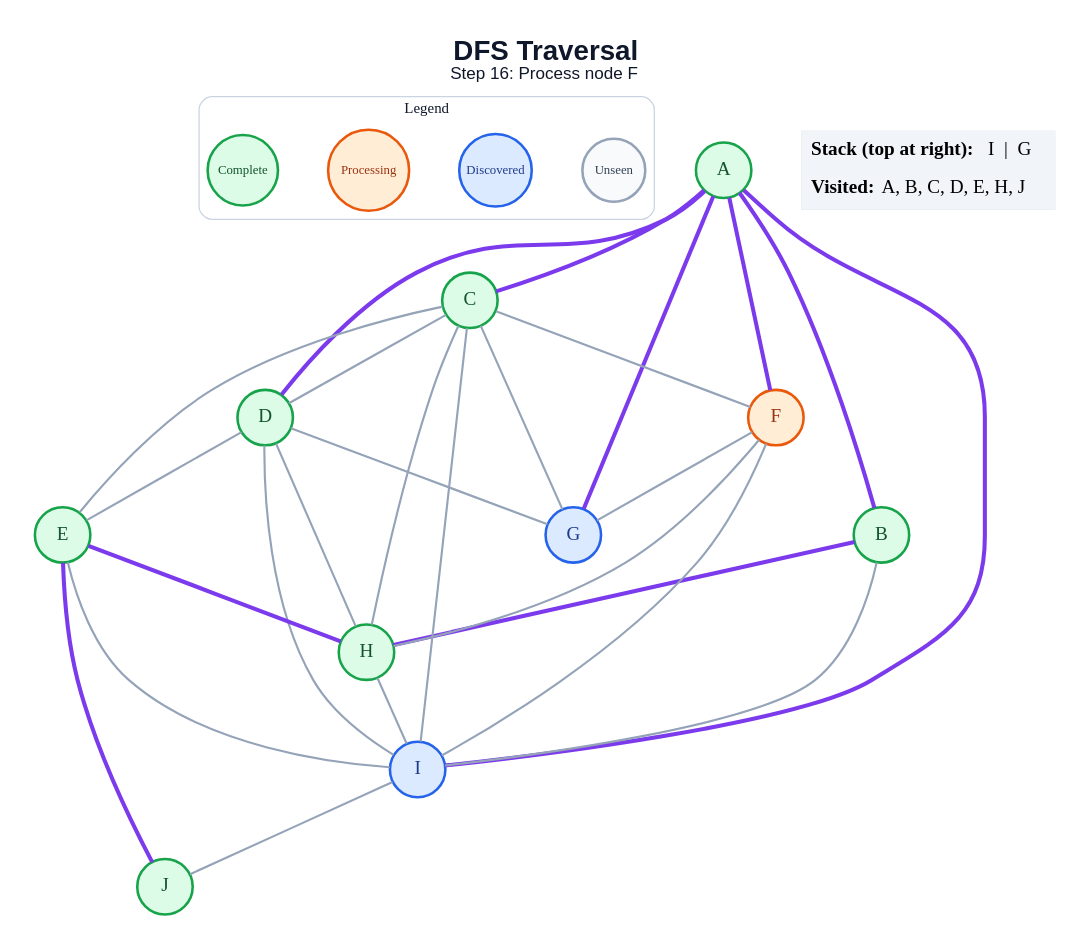
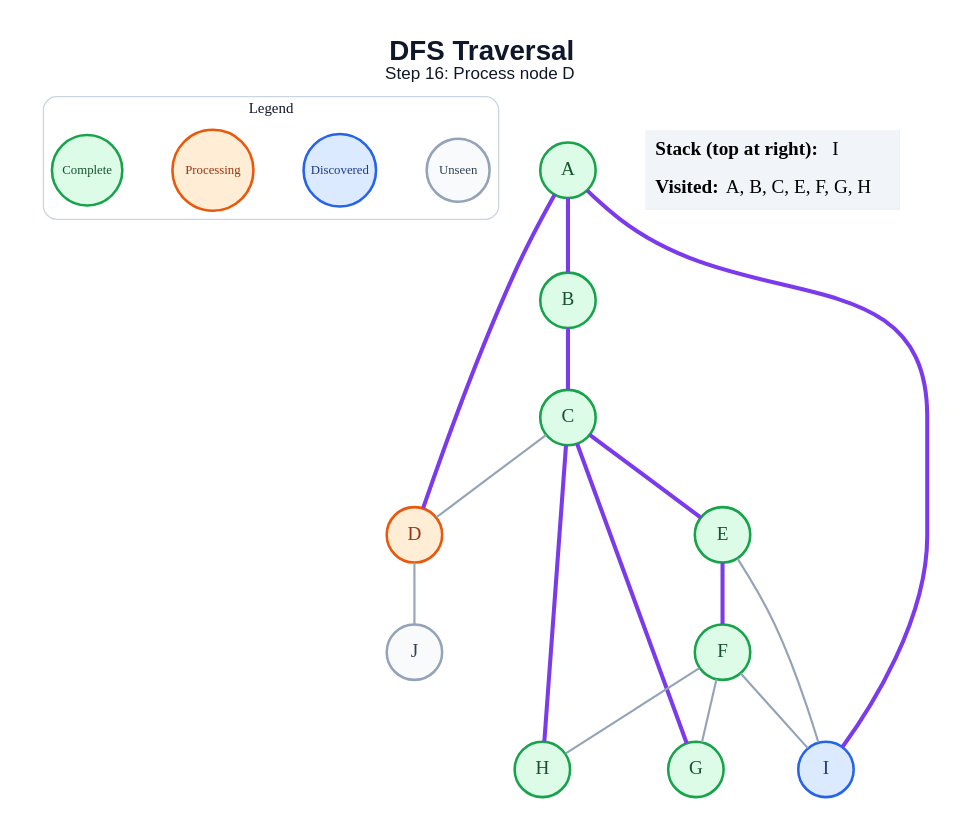
The diagram in generated/dfs/step_16.dot (anon7238593-create/ai-slop), drawn with Graphviz before and after one commit. The commit also changed 171 other files, not shown here.

```diff
--- a/generated/dfs/step_16.dot
+++ b/generated/dfs/step_16.dot
@@ -1,55 +1,43 @@
 graph traversal {
   graph [layout=dot, rankdir=TB, bgcolor="#FFFFFF", pad="0.35", nodesep="0.65", ranksep="0.8", fontname="Arial"];
   node [shape=circle, style="filled", fontname="Arial Bold", fontsize=18, width=0.72, fixedsize=true, penwidth=2.4];
   edge [color="#94A3B8", penwidth=2.0];
-  label=<<B>DFS Traversal</B><BR/><FONT POINT-SIZE="16">Step 16: Process node F</FONT>>; labelloc="t"; fontsize=26; fontname="Arial"; fontcolor="#0F172A";
+  label=<<B>DFS Traversal</B><BR/><FONT POINT-SIZE="16">Step 16: Process node D</FONT>>; labelloc="t"; fontsize=26; fontname="Arial"; fontcolor="#0F172A";
   subgraph cluster_legend { label="Legend"; color="#CBD5E1"; penwidth=1.2; style="rounded"; fontsize=14; fontname="Arial Bold";
     key_unseen [label="Unseen", fillcolor="#F8FAFC", color="#94A3B8", fontcolor="#334155", fontsize=12, width=0.82];
     key_frontier [label="Discovered", fillcolor="#DBEAFE", color="#2563EB", fontcolor="#1E3A8A", fontsize=12, width=0.95];
     key_current [label="Processing", fillcolor="#FFEDD5", color="#EA580C", fontcolor="#9A3412", fontsize=12, width=1.05];
     key_done [label="Complete", fillcolor="#DCFCE7", color="#16A34A", fontcolor="#14532D", fontsize=12, width=0.92];
     { rank=same; key_unseen; key_frontier; key_current; key_done; }
   }
   A [fillcolor="#DCFCE7", color="#16A34A", fontcolor="#14532D"];
   B [fillcolor="#DCFCE7", color="#16A34A", fontcolor="#14532D"];
   C [fillcolor="#DCFCE7", color="#16A34A", fontcolor="#14532D"];
-  D [fillcolor="#DCFCE7", color="#16A34A", fontcolor="#14532D"];
+  D [fillcolor="#FFEDD5", color="#EA580C", fontcolor="#9A3412"];
   E [fillcolor="#DCFCE7", color="#16A34A", fontcolor="#14532D"];
-  F [fillcolor="#FFEDD5", color="#EA580C", fontcolor="#9A3412"];
-  G [fillcolor="#DBEAFE", color="#2563EB", fontcolor="#1E3A8A"];
+  F [fillcolor="#DCFCE7", color="#16A34A", fontcolor="#14532D"];
+  G [fillcolor="#DCFCE7", color="#16A34A", fontcolor="#14532D"];
   H [fillcolor="#DCFCE7", color="#16A34A", fontcolor="#14532D"];
   I [fillcolor="#DBEAFE", color="#2563EB", fontcolor="#1E3A8A"];
-  J [fillcolor="#DCFCE7", color="#16A34A", fontcolor="#14532D"];
+  J [fillcolor="#F8FAFC", color="#94A3B8", fontcolor="#334155"];
   A -- B [color="#7C3AED", penwidth=3.8];
-  A -- C [color="#7C3AED", penwidth=3.8];
   A -- D [color="#7C3AED", penwidth=3.8];
-  A -- F [color="#7C3AED", penwidth=3.8];
-  A -- G [color="#7C3AED", penwidth=3.8];
   A -- I [color="#7C3AED", penwidth=3.8];
-  B -- H [color="#7C3AED", penwidth=3.8];
-  B -- I;
+  B -- C [color="#7C3AED", penwidth=3.8];
   C -- D;
-  C -- E;
-  C -- F;
-  C -- G;
-  C -- H;
-  C -- I;
-  D -- E;
-  D -- G;
-  D -- H;
-  D -- I;
-  E -- H [color="#7C3AED", penwidth=3.8];
+  C -- E [color="#7C3AED", penwidth=3.8];
+  C -- G [color="#7C3AED", penwidth=3.8];
+  C -- H [color="#7C3AED", penwidth=3.8];
+  D -- J;
+  E -- F [color="#7C3AED", penwidth=3.8];
   E -- I;
-  E -- J [color="#7C3AED", penwidth=3.8];
   F -- G;
   F -- H;
   F -- I;
-  H -- I;
-  I -- J;
   status [shape=plain, fixedsize=false, width=0, height=0, margin=0, label=<
     <TABLE BORDER="0" CELLBORDER="0" CELLPADDING="7" BGCOLOR="#F1F5F9">
-      <TR><TD ALIGN="LEFT"><B>Stack (top at right):</B> I  |  G</TD></TR>
-      <TR><TD ALIGN="LEFT"><B>Visited:</B> A, B, C, D, E, H, J</TD></TR>
+      <TR><TD ALIGN="LEFT"><B>Stack (top at right):</B> I</TD></TR>
+      <TR><TD ALIGN="LEFT"><B>Visited:</B> A, B, C, E, F, G, H</TD></TR>
     </TABLE>
   >];
 }
```
